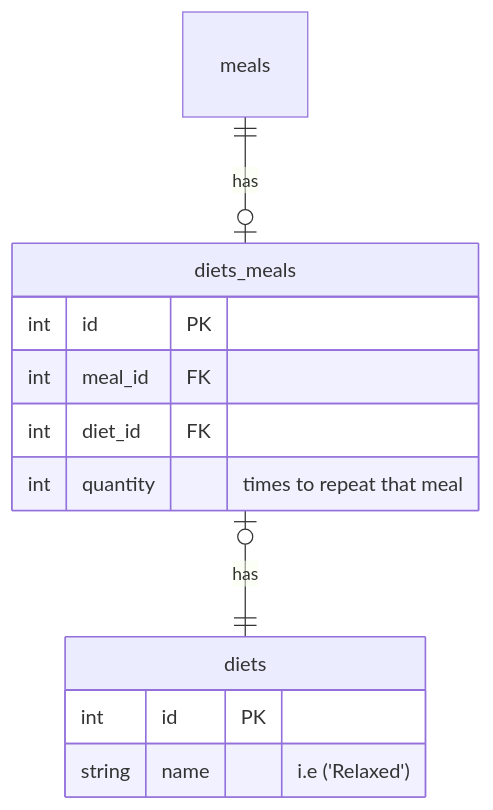
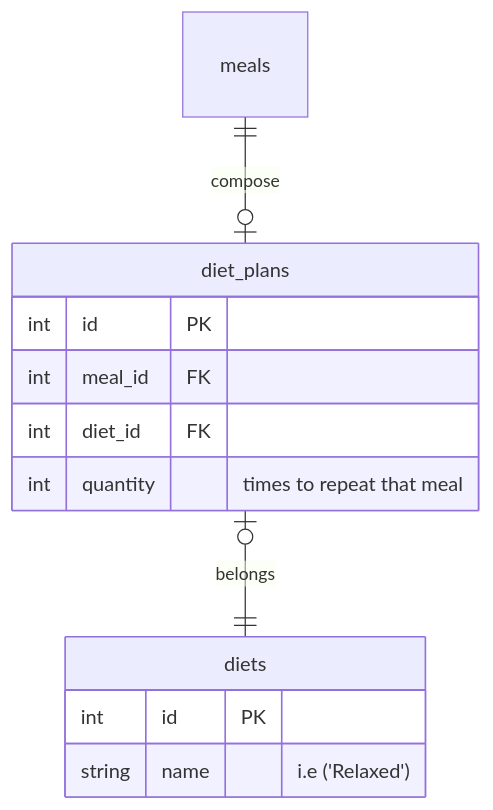
The third of 3 diagrams in docs/introduction/Introduction.md (axelrizo/my_diet), drawn with Mermaid before and after one commit. The commit also changed other lines of this file, not shown here.

Commit message:
docs(relations): update meal and diet relationships in documentation, replace meals_food_measures with meal_ingredients and diets_meals with diet_plans

````diff
--- a/docs/introduction/Introduction.md
+++ b/docs/introduction/Introduction.md
@@ -62,15 +62,15 @@
 ```mermaid
 erDiagram
-  meals ||--o| diets_meals : has
-  diets_meals |o--|| diets : has
-  diets_meals{
+  meals ||--o| diet_plans : compose
+  diet_plans |o--|| diets : belongs
+  diet_plans{
     int id PK
     int meal_id FK
     int diet_id FK
     int quantity "times to repeat that meal"
   }
   diets{
     int id PK
     string name "i.e ('Relaxed')"
   }
 ```
````
